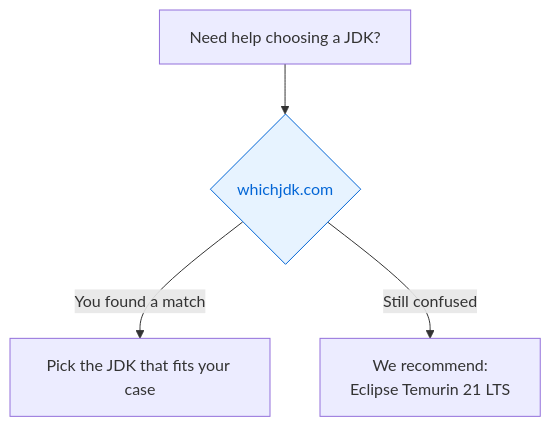
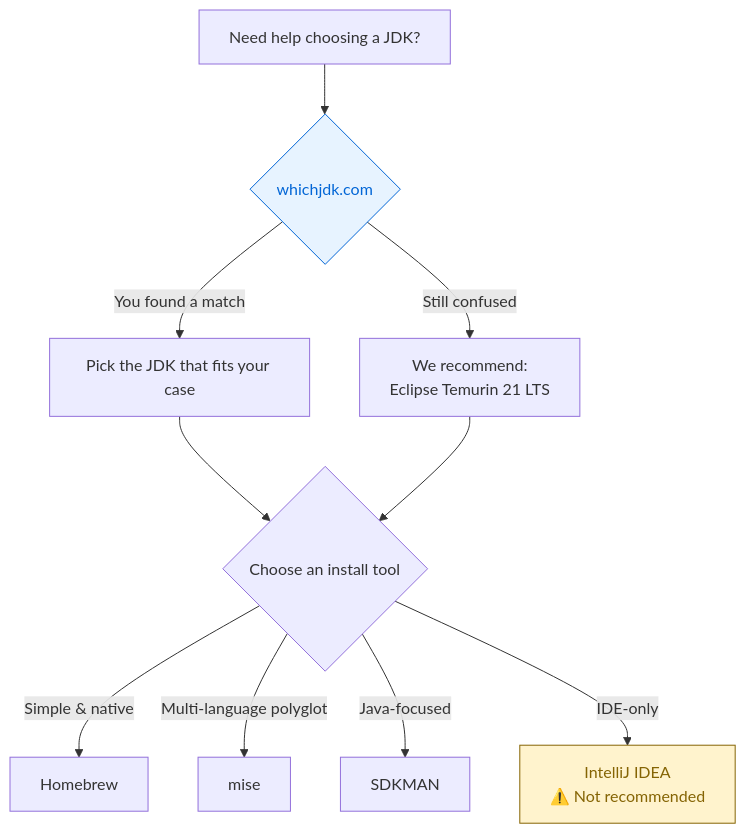
One commit to Siddhant/siddhant.github.io changed the diagram in _posts/2025-12-27-java-macOS.md. Above: the diagram before and after it, drawn with Mermaid. The commit also changed other lines of this file, not shown here.

````diff
--- a/_posts/2025-12-27-java-macOS.md
+++ b/_posts/2025-12-27-java-macOS.md
@@ -105,8 +106,15 @@
 ```mermaid
 flowchart TD
     A[Need help choosing a JDK?] --> B{whichjdk.com}
     B -->|You found a match| C[Pick the JDK that fits your case]
     B -->|Still confused| D[We recommend:<br/>Eclipse Temurin 21 LTS]
+    C --> E{Choose an install tool}
+    D --> E
+    E -->|Simple & native| F[Homebrew]
+    E -->|Multi-language polyglot| G[mise]
+    E -->|Java-focused| H[SDKMAN]
+    E -->|IDE-only| I[IntelliJ IDEA<br/>⚠️ Not recommended]
     click B "https://whichjdk.com" _blank
     style B fill:#e7f3ff,stroke:#0366d6,color:#0366d6
+    style I fill:#fff3cd,stroke:#856404,color:#856404
 ```
````
